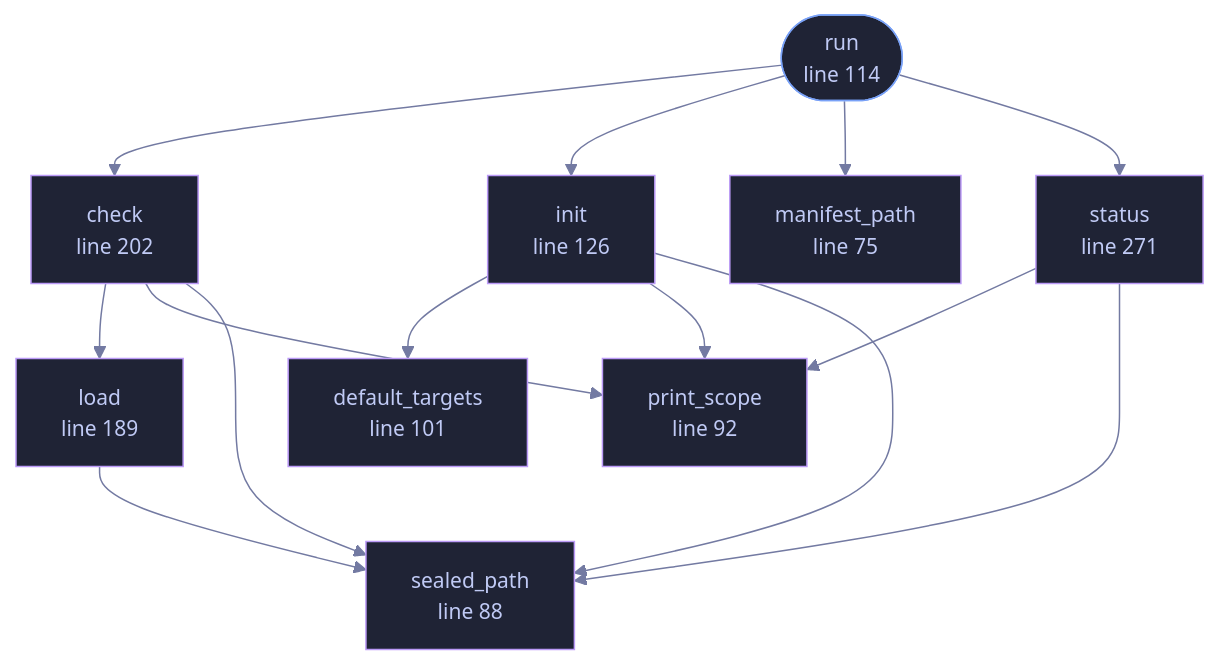
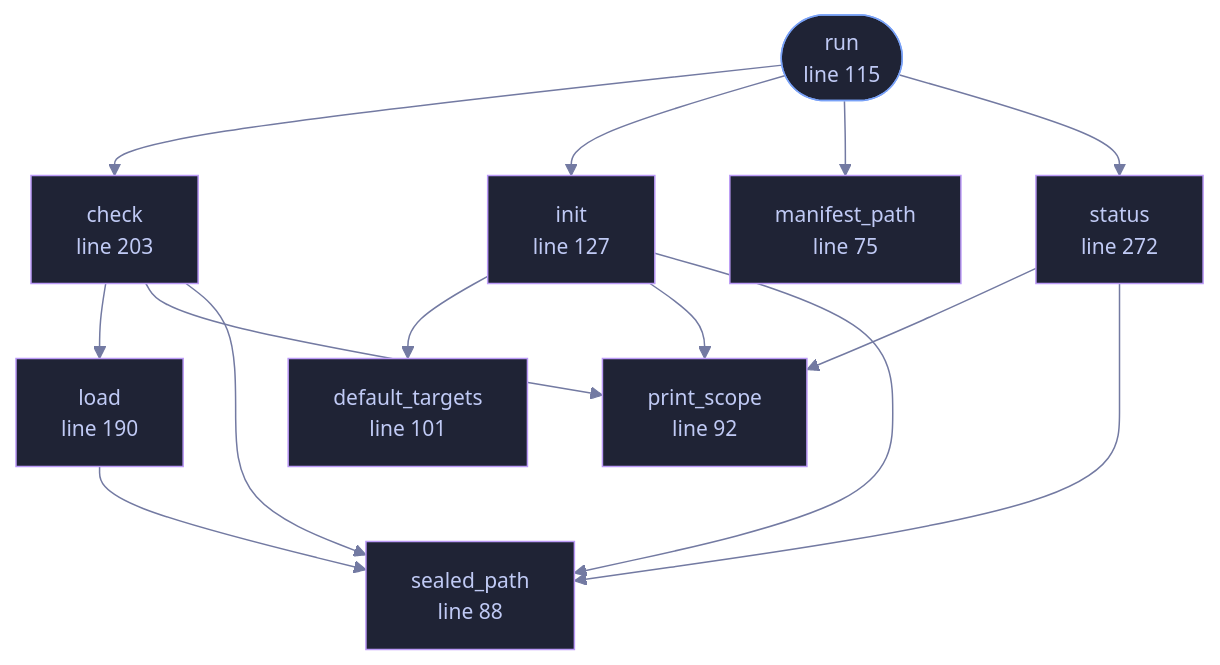
The diagram in docs/files/veilvoice-cli/guard.md (tilas01/veilvoice), drawn with Mermaid before and after one commit. The commit also changed other lines of this file and 53 other files, not shown here.

````diff
--- a/docs/files/veilvoice-cli/guard.md
+++ b/docs/files/veilvoice-cli/guard.md
@@ -102,39 +102,39 @@
 ```mermaid
 %%{init: {"theme":"base","themeVariables":{"background":"#1a1b26","primaryColor":"#1f2335","primaryTextColor":"#c0caf5","primaryBorderColor":"#7aa2f7","secondaryColor":"#16161e","tertiaryColor":"#16161e","lineColor":"#737aa2","textColor":"#c0caf5","mainBkg":"#1f2335","nodeBorder":"#7aa2f7","clusterBkg":"#16161e","clusterBorder":"#2f3549","fontFamily":"ui-monospace, SFMono-Regular, Consolas, monospace","fontSize":"14px"}}}%%
 flowchart TD
     n_manifest_path["manifest_path<br/>line 75"]
     n_sealed_path["sealed_path<br/>line 88"]
     n_print_scope["print_scope<br/>line 92"]
     n_default_targets["default_targets<br/>line 101"]
-    n_run(["run<br/>line 114"])
-    n_init["init<br/>line 126"]
-    n_load["load<br/>line 189"]
-    n_check["check<br/>line 202"]
-    n_status["status<br/>line 271"]
+    n_run(["run<br/>line 115"])
+    n_init["init<br/>line 127"]
+    n_load["load<br/>line 190"]
+    n_check["check<br/>line 203"]
+    n_status["status<br/>line 272"]
     n_check --> n_load
     n_check --> n_print_scope
     n_check --> n_sealed_path
     n_init --> n_default_targets
     n_init --> n_print_scope
     n_init --> n_sealed_path
     n_load --> n_sealed_path
     n_run --> n_check
     n_run --> n_init
     n_run --> n_manifest_path
     n_run --> n_status
     n_status --> n_print_scope
     n_status --> n_sealed_path
     click n_manifest_path href "https://github.com/tilas01/veilvoice/blob/main/crates/veilvoice-cli/src/guard.rs#L75" "open the source"
     click n_sealed_path href "https://github.com/tilas01/veilvoice/blob/main/crates/veilvoice-cli/src/guard.rs#L88" "open the source"
     click n_print_scope href "https://github.com/tilas01/veilvoice/blob/main/crates/veilvoice-cli/src/guard.rs#L92" "open the source"
     click n_default_targets href "https://github.com/tilas01/veilvoice/blob/main/crates/veilvoice-cli/src/guard.rs#L101" "open the source"
-    click n_run href "https://github.com/tilas01/veilvoice/blob/main/crates/veilvoice-cli/src/guard.rs#L114" "open the source"
-    click n_init href "https://github.com/tilas01/veilvoice/blob/main/crates/veilvoice-cli/src/guard.rs#L126" "open the source"
-    click n_load href "https://github.com/tilas01/veilvoice/blob/main/crates/veilvoice-cli/src/guard.rs#L189" "open the source"
-    click n_check href "https://github.com/tilas01/veilvoice/blob/main/crates/veilvoice-cli/src/guard.rs#L202" "open the source"
-    click n_status href "https://github.com/tilas01/veilvoice/blob/main/crates/veilvoice-cli/src/guard.rs#L271" "open the source"
+    click n_run href "https://github.com/tilas01/veilvoice/blob/main/crates/veilvoice-cli/src/guard.rs#L115" "open the source"
+    click n_init href "https://github.com/tilas01/veilvoice/blob/main/crates/veilvoice-cli/src/guard.rs#L127" "open the source"
+    click n_load href "https://github.com/tilas01/veilvoice/blob/main/crates/veilvoice-cli/src/guard.rs#L190" "open the source"
+    click n_check href "https://github.com/tilas01/veilvoice/blob/main/crates/veilvoice-cli/src/guard.rs#L203" "open the source"
+    click n_status href "https://github.com/tilas01/veilvoice/blob/main/crates/veilvoice-cli/src/guard.rs#L272" "open the source"
     classDef entry fill:#1f2335,stroke:#7aa2f7,color:#c0caf5
     class n_run entry
     classDef helper fill:#1f2335,stroke:#bb9af7,color:#c0caf5
     class n_manifest_path,n_sealed_path,n_print_scope,n_default_targets,n_init,n_load,n_check,n_status helper
 ```
````
